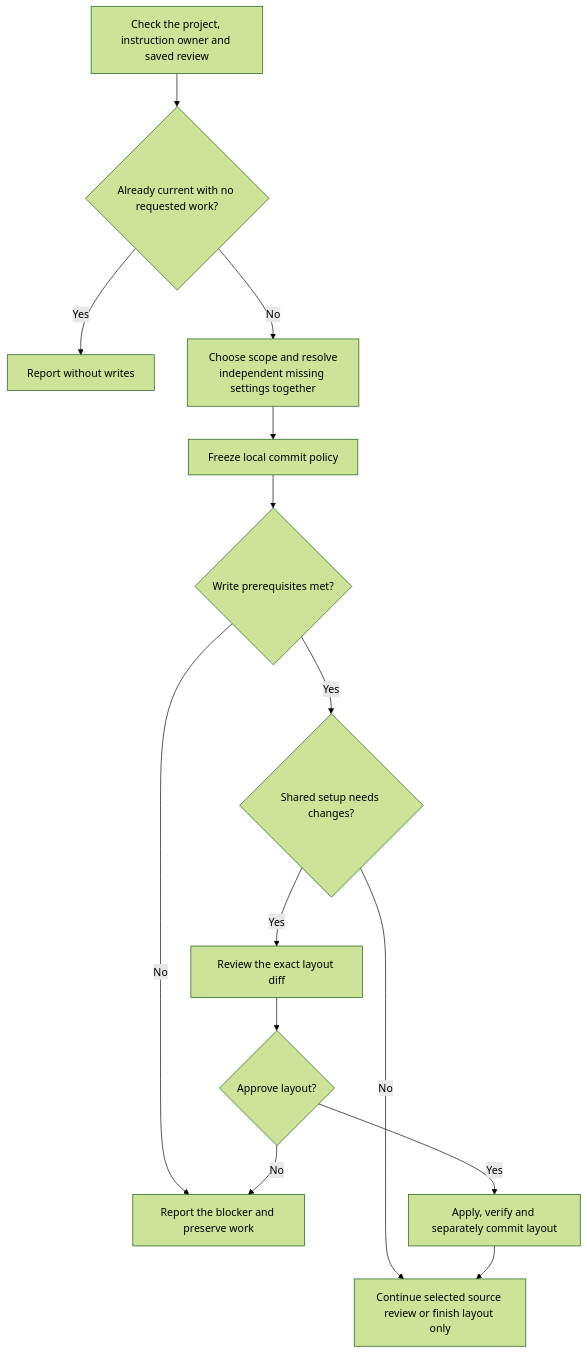
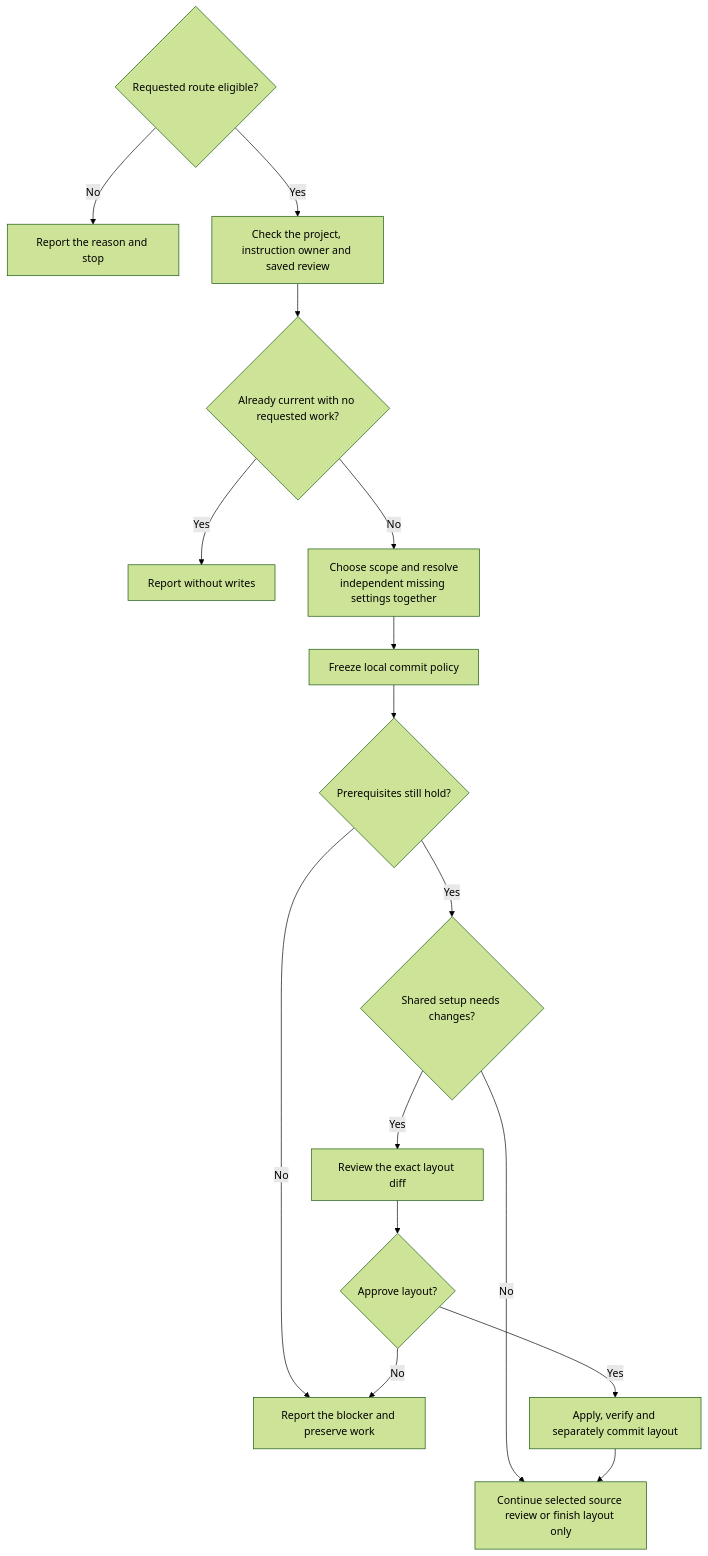
One commit to myowinthein/agent-helm changed the first of 2 diagrams in docs/commands/log/detailed.md. Above: the diagram before and after it, drawn with Mermaid (forest theme). The commit also changed other lines of this file and 45 other files, not shown here.

First line of the commit message:
fix(workflows): stop commands at failed prerequisites

````diff
--- a/docs/commands/log/detailed.md
+++ b/docs/commands/log/detailed.md
@@ -22,16 +22,18 @@
 ```mermaid
 flowchart TD
+  Entry{"Requested route eligible?"} -->|No| Blocked["Report the reason and stop"]
+  Entry -->|Yes| Inspect
   Inspect["Check the project, instruction owner and saved review"] --> Current{"Already current with no requested work?"}
   Current -->|Yes| Noop["Report without writes"]
   Current -->|No| Scope["Choose scope and resolve<br/>independent missing settings together"]
   Scope --> Policy["Freeze local commit policy"]
-  Policy --> Eligible{"Write prerequisites met?"}
+  Policy --> Eligible{"Prerequisites still hold?"}
   Eligible -->|No| Block["Report the blocker and preserve work"]
   Eligible -->|Yes| Layout{"Shared setup needs changes?"}
   Layout -->|Yes| Review["Review the exact layout diff"]
   Review --> Choice{"Approve layout?"}
   Choice -->|Yes| Save["Apply, verify and separately commit layout"]
   Choice -->|No| Block
   Layout -->|No| Next["Continue selected source review or finish layout only"]
   Save --> Next
 ```
````
